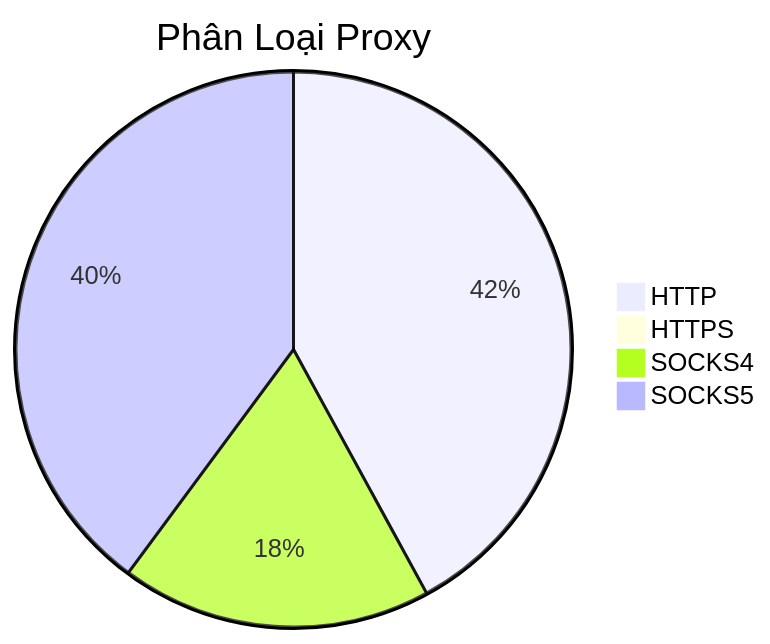
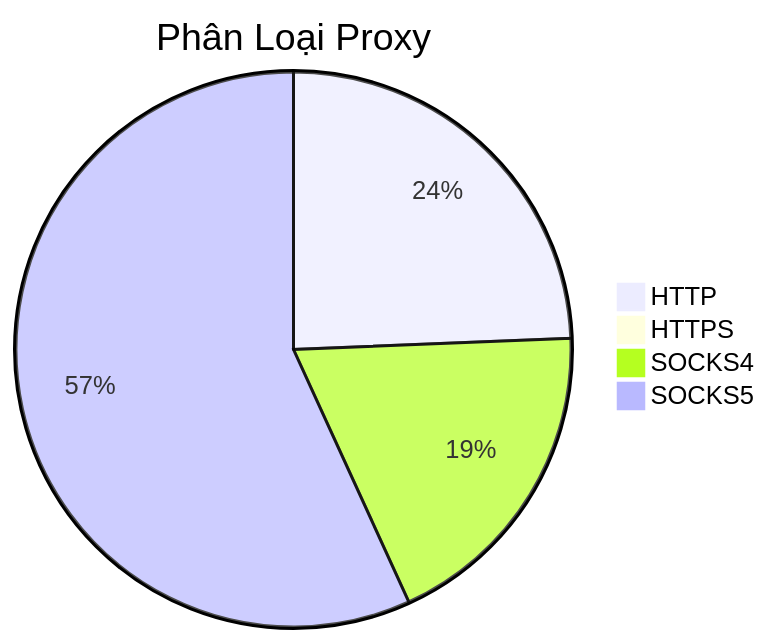
One commit to Ciara-12/PROXY-free changed the diagram in README.md. Above: the diagram before and after it, drawn with Mermaid. The commit also changed other lines of this file and 3 other files, not shown here.

````diff
--- a/README.md
+++ b/README.md
@@ -26,7 +26,7 @@
 ```mermaid
 pie title Phân Loại Proxy
-    "HTTP" : 769
+    "HTTP" : 366
     "HTTPS" : 0
-    "SOCKS4" : 331
-    "SOCKS5" : 729
+    "SOCKS4" : 283
+    "SOCKS5" : 854
 ```
````
